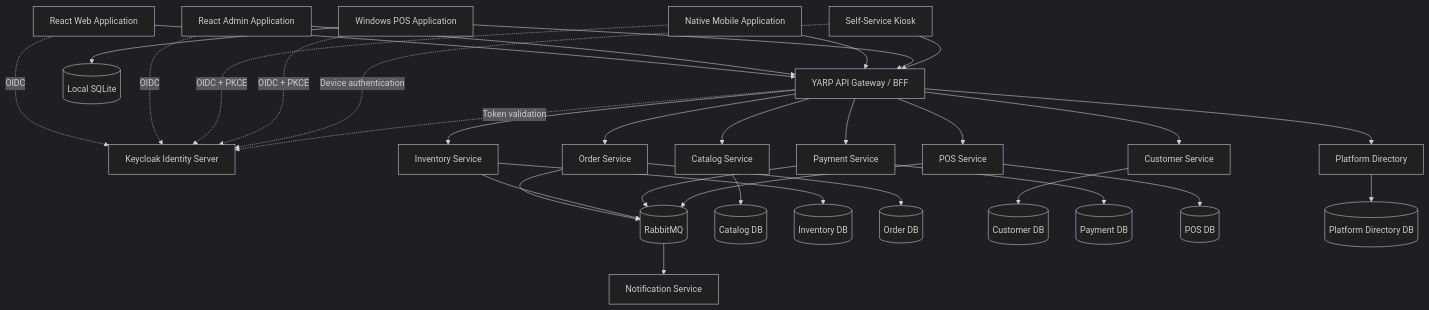
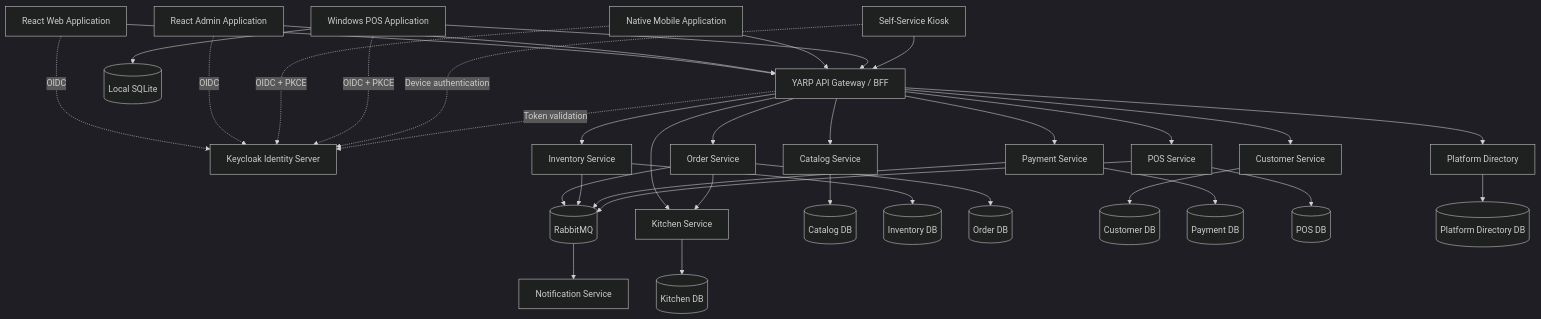
One commit to nexaconnect12-lab/nexa-connect changed the diagram in docs/Architecture/Project-Architecture.md. Above: the diagram before and after it, drawn with Mermaid (dark theme). The commit also changed other lines of this file and 20 other files, not shown here.

Commit message:
+Added: real cross-service E2E coverage for Catalog → Order → Inventory → Kitchen → Payment.

````diff
--- a/docs/Architecture/Project-Architecture.md
+++ b/docs/Architecture/Project-Architecture.md
@@ -28,47 +28,50 @@
 ```mermaid
 flowchart TB
     KC[Keycloak Identity Server]
     WEB[React Web Application]
     ADMIN[React Admin Application]
     MOBILE[Native Mobile Application]
     POS[Windows POS Application]
     KIOSK[Self-Service Kiosk]
     GW[YARP API Gateway / BFF]
 
     WEB --> GW
     ADMIN --> GW
     MOBILE --> GW
     POS --> GW
     KIOSK --> GW
 
     WEB -. OIDC .-> KC
     ADMIN -. OIDC .-> KC
     MOBILE -. OIDC + PKCE .-> KC
     POS -. OIDC + PKCE .-> KC
     KIOSK -. Device authentication .-> KC
     GW -. Token validation .-> KC
 
     GW --> CATALOG[Catalog Service]
     GW --> INVENTORY[Inventory Service]
     GW --> ORDER[Order Service]
     GW --> CUSTOMER[Customer Service]
     GW --> PAYMENT[Payment Service]
+    GW --> KITCHEN[Kitchen Service]
     GW --> POSSVC[POS Service]
     GW --> DIRECTORY[Platform Directory]
 
     ORDER --> BUS[(RabbitMQ)]
+    ORDER --> KITCHEN
     INVENTORY --> BUS
     PAYMENT --> BUS
     POSSVC --> BUS
     BUS --> NOTIFY[Notification Service]
 
     CATALOG --> CATALOGDB[(Catalog DB)]
     INVENTORY --> INVENTORYDB[(Inventory DB)]
     ORDER --> ORDERDB[(Order DB)]
     CUSTOMER --> CUSTOMERDB[(Customer DB)]
     PAYMENT --> PAYMENTDB[(Payment DB)]
+    KITCHEN --> KITCHENDB[(Kitchen DB)]
     POSSVC --> POSDB[(POS DB)]
     DIRECTORY --> DIRECTORYDB[(Platform Directory DB)]
 
     POS --> SQLITE[(Local SQLite)]
 ```
````
